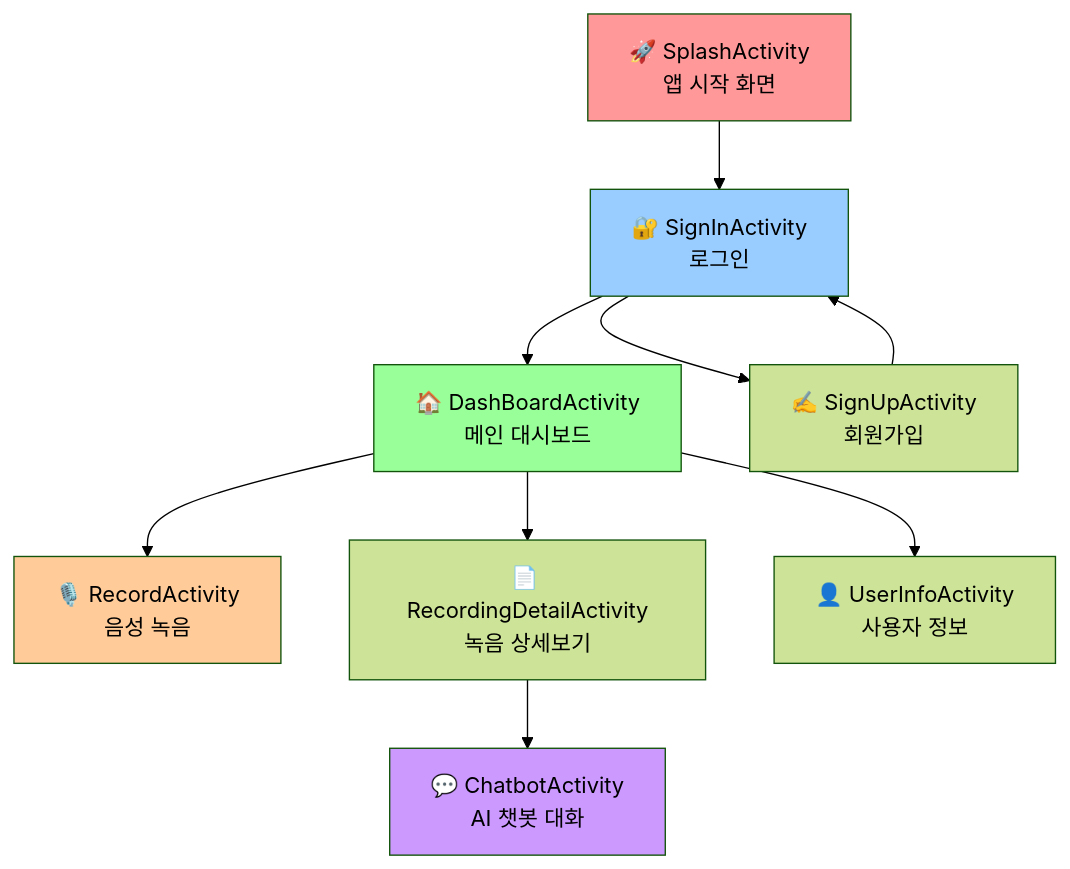
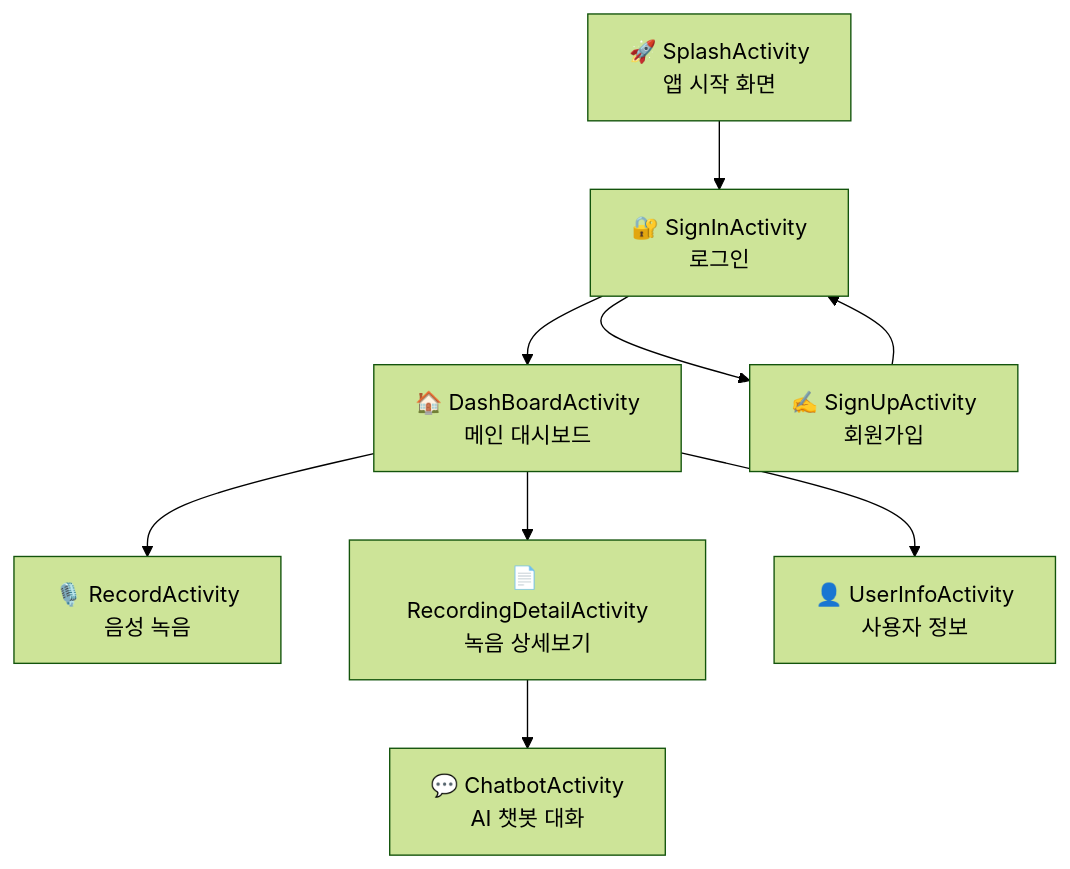
Before and after one commit to taejinchoi-cbnu/NoTI: the second of 3 diagrams in README.md, drawn with Mermaid (forest theme). The commit also changed other lines of this file, not shown here.

````diff
--- a/README.md
+++ b/README.md
@@ -119,17 +119,11 @@
 ```mermaid
 graph TB
     A[🚀 SplashActivity<br/>앱 시작 화면] --> B[🔐 SignInActivity<br/>로그인]
     B --> C[🏠 DashBoardActivity<br/>메인 대시보드]
     B --> D[✍️ SignUpActivity<br/>회원가입]
     D --> B
     C --> E[🎙️ RecordActivity<br/>음성 녹음]
     C --> F[📄 RecordingDetailActivity<br/>녹음 상세보기]
     C --> G[👤 UserInfoActivity<br/>사용자 정보]
     F --> H[💬 ChatbotActivity<br/>AI 챗봇 대화]
-    
-    style A fill:#ff9999
-    style B fill:#99ccff
-    style C fill:#99ff99
-    style E fill:#ffcc99
-    style H fill:#cc99ff
 ```
````
